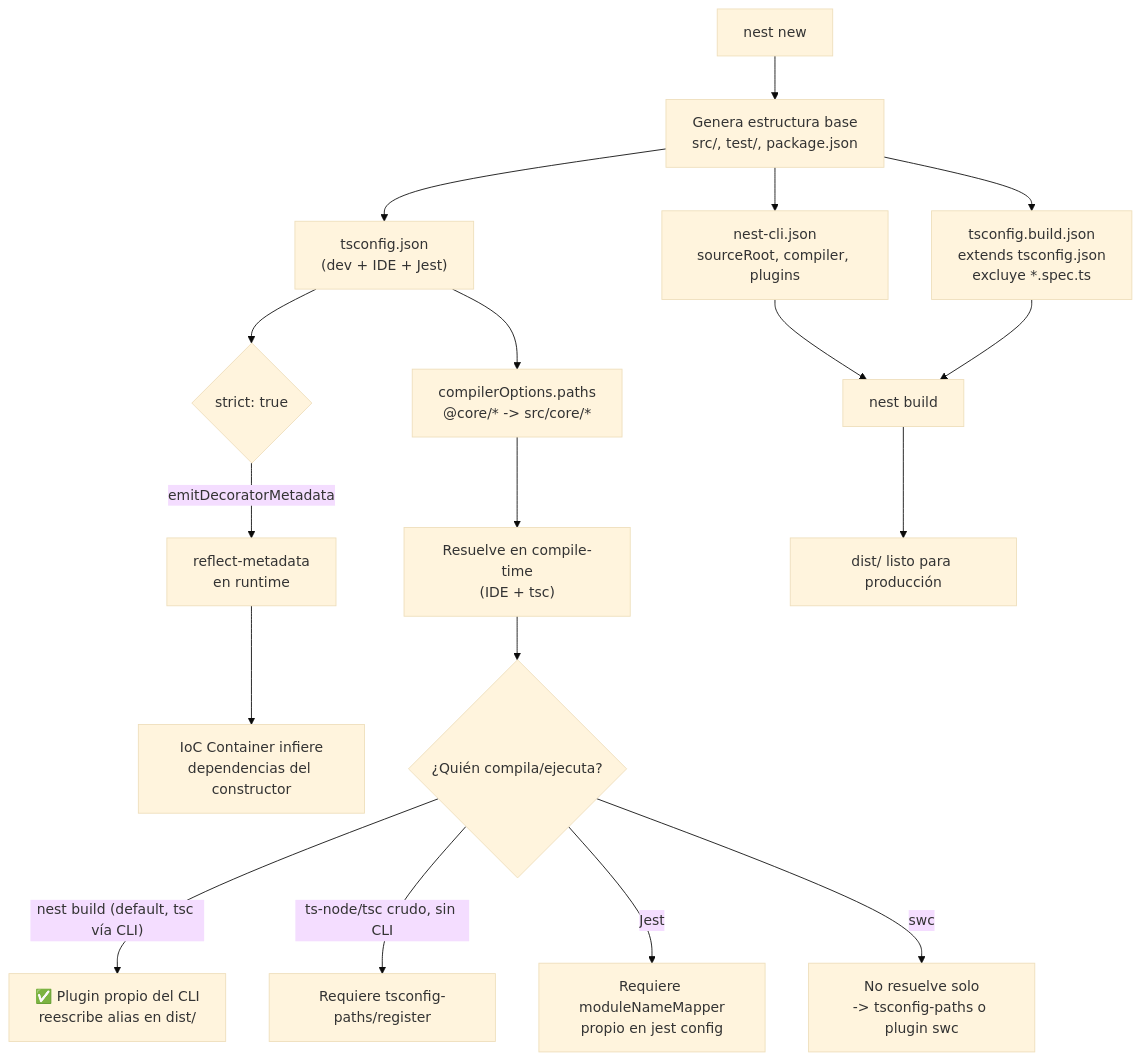
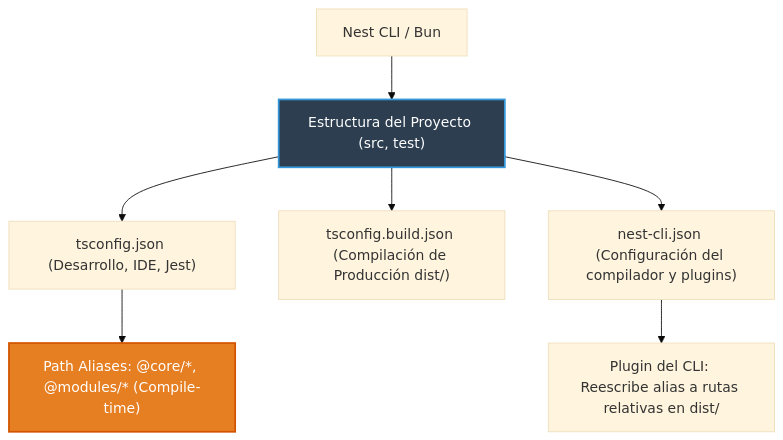
Before and after one commit to PatricioOsorio/nest-first-app: the diagram in notes/0-project-setup/0.1-project-scaffolding.md, drawn with Mermaid (base theme). The commit also changed other lines of this file and 12 other files, not shown here.

````diff
--- a/notes/0-project-setup/0.1-project-scaffolding.md
+++ b/notes/0-project-setup/0.1-project-scaffolding.md
@@ -53,23 +11,13 @@
 ```mermaid
 flowchart TD
-    A["nest new"] --> B["Genera estructura base<br/>src/, test/, package.json"]
-    B --> C["tsconfig.json<br/>(dev + IDE + Jest)"]
-    B --> D["tsconfig.build.json<br/>extends tsconfig.json<br/>excluye *.spec.ts"]
-    B --> E["nest-cli.json<br/>sourceRoot, compiler, plugins"]
+    CLI["Nest CLI / Bun"] --> Scaffold["Estructura del Proyecto (src, test)"]
+    Scaffold --> TSConfig["tsconfig.json (Desarrollo, IDE, Jest)"]
+    Scaffold --> TSBuild["tsconfig.build.json (Compilación de Producción dist/)"]
+    Scaffold --> NestCLI["nest-cli.json (Configuración del compilador y plugins)"]
 
-    C --> F{"strict: true"}
-    F -->|"emitDecoratorMetadata"| G["reflect-metadata<br/>en runtime"]
-    G --> H["IoC Container infiere<br/>dependencias del constructor"]
+    TSConfig --> Paths["Path Aliases: @core/*, @modules/* (Compile-time)"]
+    NestCLI --> Rewrite["Plugin del CLI: Reescribe alias a rutas relativas en dist/"]
 
-    C --> I["compilerOptions.paths<br/>@core/* -> src/core/*"]
-    I --> J["Resuelve en compile-time<br/>(IDE + tsc)"]
-    J --> K{"¿Quién compila/ejecuta?"}
-    K -->|"nest build (default, tsc vía CLI)"| P["✅ Plugin propio del CLI<br/>reescribe alias en dist/"]
-    K -->|"ts-node/tsc crudo, sin CLI"| L["Requiere tsconfig-paths/register"]
-    K -->|"Jest"| Q["Requiere moduleNameMapper<br/>propio en jest config"]
-    K -->|"swc"| R["No resuelve solo<br/>-> tsconfig-paths o plugin swc"]
-
-    E --> N["nest build"]
-    D --> N
-    N --> O["dist/ listo para producción"]
+    style Scaffold fill:#2c3e50,stroke:#3498db,stroke-width:2px,color:#fff
+    style Paths fill:#e67e22,stroke:#d35400,stroke-width:2px,color:#fff
 ```
````
